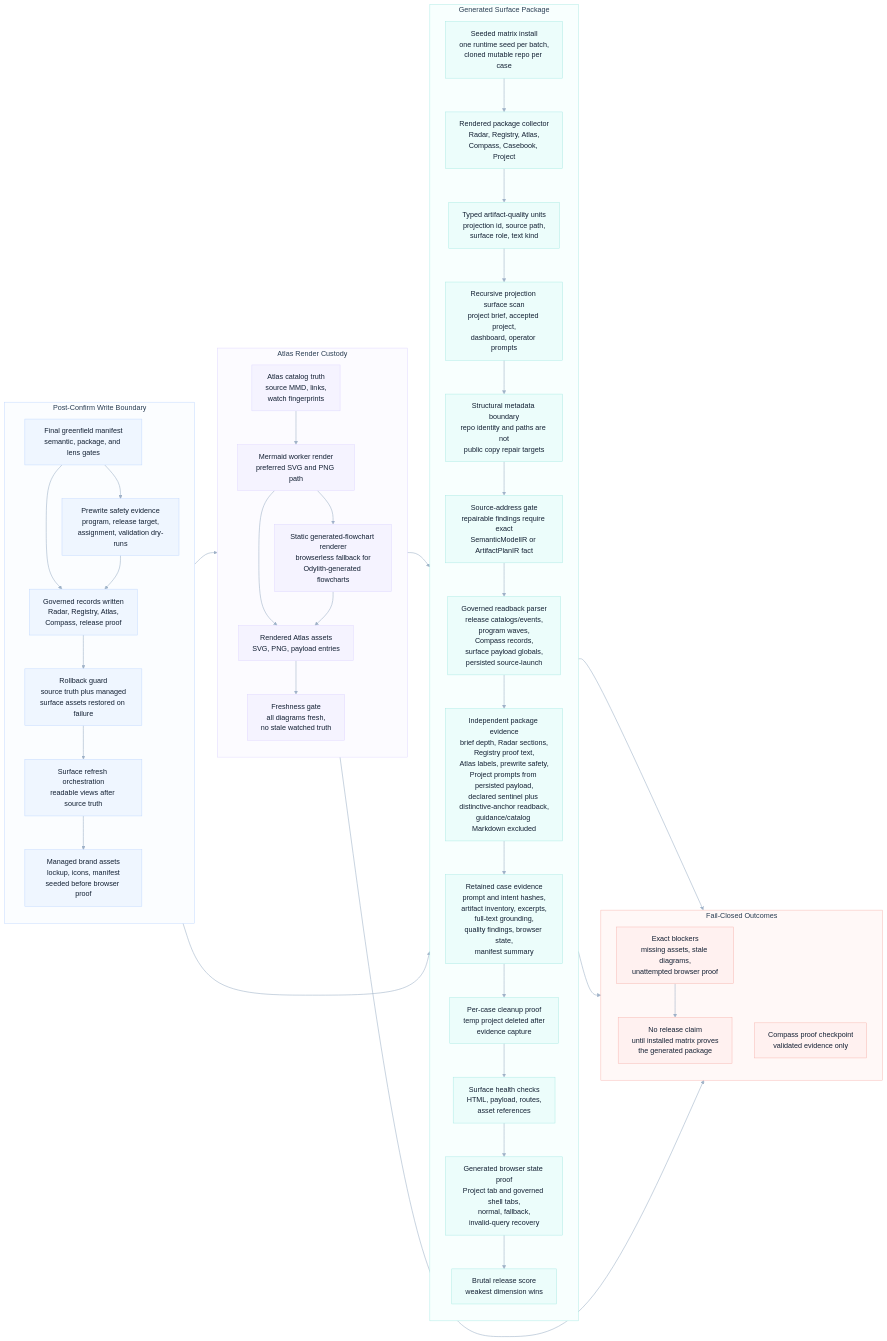
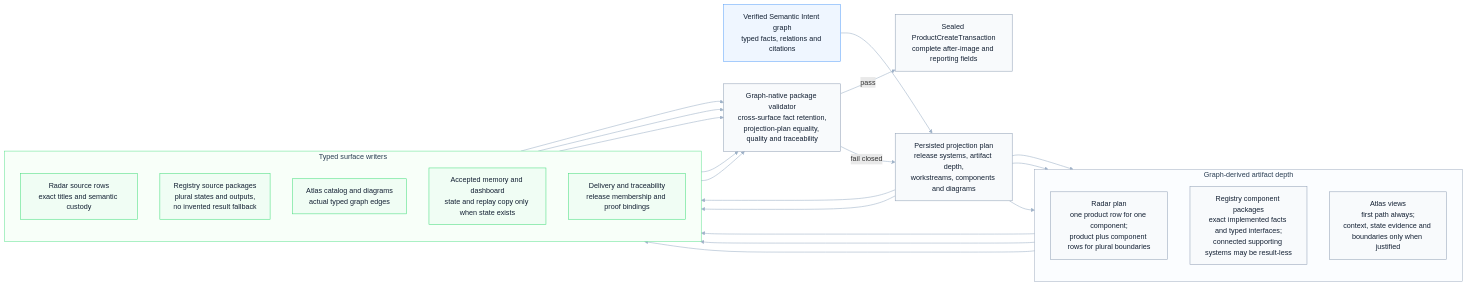
One commit to odylith/odylith changed the diagram in odylith/atlas/source/greenfield-rendered-surface-and-static-atlas-custody.mmd. Above: the diagram before and after it, drawn with Mermaid. The commit also changed 48 other files, not shown here.

Commit message:
Prove isolated semantic graph authoring mechanism

```diff
--- a/odylith/atlas/source/greenfield-rendered-surface-and-static-atlas-custody.mmd
+++ b/odylith/atlas/source/greenfield-rendered-surface-and-static-atlas-custody.mmd
@@ -1,89 +1,50 @@
 flowchart LR
-    subgraph write_lane["Post-Confirm Write Boundary"]
+    verified_graph["Verified Semantic Intent graph<br/>typed facts, relations and citations"]
+    projection_plan["Persisted projection plan<br/>release systems, artifact depth,<br/>workstreams, components and diagrams"]
+
+    subgraph adaptive_depth["Graph-derived artifact depth"]
       direction TB
-      final_manifest["Final greenfield manifest<br/>semantic, package, and lens gates"]
-      prewrite_safety["Prewrite safety evidence<br/>program, release target,<br/>assignment, validation dry-runs"]
-      governed_write["Governed records written<br/>Radar, Registry, Atlas,<br/>Compass, release proof"]
-      rollback_guard["Rollback guard<br/>source truth plus managed<br/>surface assets restored on failure"]
-      dashboard_refresh["Surface refresh orchestration<br/>readable views after source truth"]
-      brand_assets["Managed brand assets<br/>lockup, icons, manifest<br/>seeded before browser proof"]
+      workstreams["Radar plan<br/>one product row for one component;<br/>product plus component rows for plural boundaries"]
+      components["Registry component packages<br/>exact implemented facts and typed interfaces;<br/>connected supporting systems may be result-less"]
+      diagrams["Atlas views<br/>first path always;<br/>context, state evidence and boundaries only when justified"]
     end
 
-    subgraph atlas_lane["Atlas Render Custody"]
+    subgraph governed_surfaces["Typed surface writers"]
       direction TB
-      catalog_truth["Atlas catalog truth<br/>source MMD, links,<br/>watch fingerprints"]
-      mermaid_worker["Mermaid worker render<br/>preferred SVG and PNG path"]
-      static_renderer["Static generated-flowchart renderer<br/>browserless fallback for<br/>Odylith-generated flowcharts"]
-      rendered_assets["Rendered Atlas assets<br/>SVG, PNG, payload entries"]
-      freshness_gate["Freshness gate<br/>all diagrams fresh,<br/>no stale watched truth"]
+      radar["Radar source rows<br/>exact titles and semantic custody"]
+      registry["Registry source packages<br/>plural states and outputs,<br/>no invented result fallback"]
+      atlas["Atlas catalog and diagrams<br/>actual typed graph edges"]
+      memory["Accepted memory and dashboard<br/>state and replay copy only when state exists"]
+      delivery["Delivery and traceability<br/>release membership and proof bindings"]
     end
 
-    subgraph surface_lane["Generated Surface Package"]
-      direction TB
-      matrix_seed["Seeded matrix install<br/>one runtime seed per batch,<br/>cloned mutable repo per case"]
-      rendered_package["Rendered package collector<br/>Radar, Registry, Atlas,<br/>Compass, Casebook, Project"]
-      typed_units["Typed artifact-quality units<br/>projection id, source path,<br/>surface role, text kind"]
-      projection_surface_scan["Recursive projection surface scan<br/>project brief, accepted project,<br/>dashboard, operator prompts"]
-      structural_metadata["Structural metadata boundary<br/>repo identity and paths are not<br/>public copy repair targets"]
-      source_address_gate["Source-address gate<br/>repairable findings require exact<br/>SemanticModelIR or ArtifactPlanIR fact"]
-      governed_readback["Governed readback parser<br/>release catalogs/events,<br/>program waves,<br/>Compass records,<br/>surface payload globals,<br/>persisted source-launch"]
-      evidence_readback["Independent package evidence<br/>brief depth, Radar sections,<br/>Registry proof text,<br/>Atlas labels, prewrite safety,<br/>Project prompts from persisted payload,<br/>declared sentinel plus distinctive-anchor readback,<br/>guidance/catalog Markdown excluded"]
-      retained_evidence["Retained case evidence<br/>prompt and intent hashes,<br/>artifact inventory, excerpts,<br/>full-text grounding,<br/>quality findings, browser state,<br/>manifest summary"]
-      cleanup_proof["Per-case cleanup proof<br/>temp project deleted after<br/>evidence capture"]
-      surface_health["Surface health checks<br/>HTML, payload, routes,<br/>asset references"]
-      browser_state["Generated browser state proof<br/>Project tab and governed shell tabs,<br/>normal, fallback,<br/>invalid-query recovery"]
-      hard_score["Brutal release score<br/>weakest dimension wins"]
-    end
+    package_gate["Graph-native package validator<br/>cross-surface fact retention,<br/>projection-plan equality, quality and traceability"]
+    transaction["Sealed ProductCreateTransaction<br/>complete after-image and reporting fields"]
 
-    subgraph blocker_lane["Fail-Closed Outcomes"]
-      direction TB
-      exact_blockers["Exact blockers<br/>missing assets, stale diagrams,<br/>unattempted browser proof"]
-      no_release_claim["No release claim<br/>until installed matrix proves<br/>the generated package"]
-      proof_checkpoint["Compass proof checkpoint<br/>validated evidence only"]
-    end
+    verified_graph --> projection_plan
+    projection_plan --> workstreams
+    projection_plan --> components
+    projection_plan --> diagrams
+    workstreams --> radar
+    components --> registry
+    diagrams --> atlas
+    projection_plan --> memory
+    projection_plan --> delivery
+    radar --> package_gate
+    registry --> package_gate
+    atlas --> package_gate
+    memory --> package_gate
+    delivery --> package_gate
+    package_gate -- "pass" --> transaction
+    package_gate -- "fail closed" --> projection_plan
 
-    final_manifest --> governed_write
-    final_manifest --> prewrite_safety
-    prewrite_safety --> governed_write
-    governed_write --> rollback_guard
-    rollback_guard --> dashboard_refresh
-    dashboard_refresh --> brand_assets
-    brand_assets --> surface_health
-    dashboard_refresh --> catalog_truth
-    catalog_truth --> mermaid_worker
-    mermaid_worker --> rendered_assets
-    mermaid_worker --> static_renderer
-    static_renderer --> rendered_assets
-    rendered_assets --> freshness_gate
-    freshness_gate --> matrix_seed
-    matrix_seed --> rendered_package
-    rendered_package --> typed_units
-    typed_units --> projection_surface_scan
-    projection_surface_scan --> structural_metadata
-    structural_metadata --> source_address_gate
-    source_address_gate --> governed_readback
-    governed_readback --> evidence_readback
-    evidence_readback --> retained_evidence
-    retained_evidence --> cleanup_proof
-    cleanup_proof --> surface_health
-    surface_health --> browser_state
-    browser_state --> hard_score
-    hard_score --> proof_checkpoint
-    freshness_gate --> exact_blockers
-    surface_health --> exact_blockers
-    exact_blockers --> no_release_claim
+    classDef authority fill:#EFF6FF,stroke:#60A5FA,color:#132033,stroke-width:1.2px;
+    classDef plan fill:#F8FAFC,stroke:#94A3B8,color:#132033,stroke-width:1.2px;
+    classDef surface fill:#F0FDF4,stroke:#4ADE80,color:#132033,stroke-width:1.2px;
+    class verified_graph authority;
+    class projection_plan,workstreams,components,diagrams,package_gate,transaction plan;
+    class radar,registry,atlas,memory,delivery surface;
 
-    classDef write fill:#EFF6FF,stroke:#BFD7FE,color:#132033,stroke-width:1px;
-    classDef atlas fill:#F5F3FF,stroke:#DDD6FE,color:#132033,stroke-width:1px;
-    classDef surface fill:#ECFDFB,stroke:#A7E9E3,color:#132033,stroke-width:1px;
-    classDef blocker fill:#FFF1F0,stroke:#F7B4AE,color:#132033,stroke-width:1px;
-    class final_manifest,prewrite_safety,governed_write,rollback_guard,dashboard_refresh,brand_assets write;
-    class catalog_truth,mermaid_worker,static_renderer,rendered_assets,freshness_gate atlas;
-    class matrix_seed,rendered_package,typed_units,projection_surface_scan,structural_metadata,source_address_gate,governed_readback,evidence_readback,retained_evidence,cleanup_proof,surface_health,browser_state,hard_score surface;
-    class exact_blockers,no_release_claim,proof_checkpoint blocker;
-
-    style write_lane fill:#FBFDFF,stroke:#BFD7FE,stroke-width:1px,color:#293D52
-    style atlas_lane fill:#FCFBFF,stroke:#DDD6FE,stroke-width:1px,color:#293D52
-    style surface_lane fill:#F8FFFE,stroke:#A7E9E3,stroke-width:1px,color:#293D52
-    style blocker_lane fill:#FFF8F7,stroke:#F7B4AE,stroke-width:1px,color:#293D52
+    style adaptive_depth fill:#FBFDFF,stroke:#94A3B8,stroke-width:1px,color:#293D52
+    style governed_surfaces fill:#F8FFF9,stroke:#4ADE80,stroke-width:1px,color:#293D52
     linkStyle default stroke:#9FB2C8,stroke-width:1.25px
```
